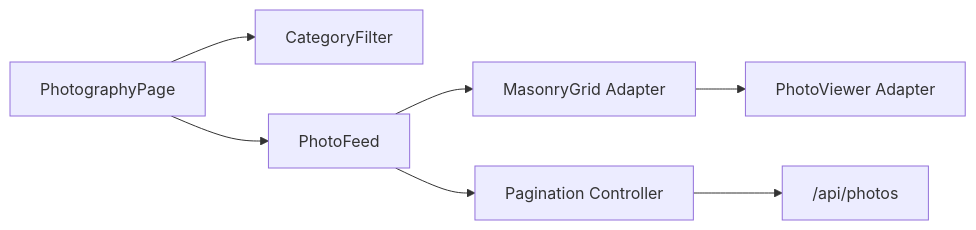
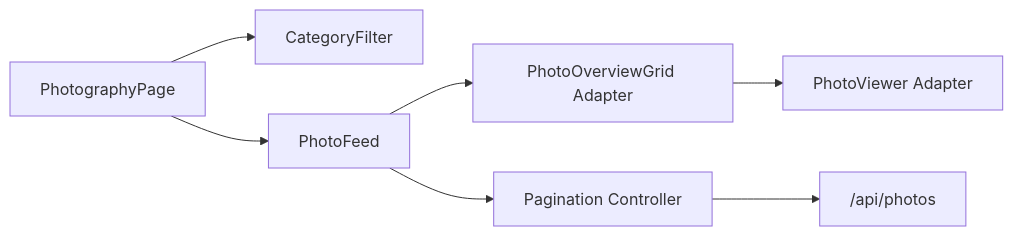
One commit to NorthStarLzh/northstarlzh.github.io changed the fifth of 8 diagrams in doc/detailed_design.md. Above: the diagram before and after it, drawn with Mermaid. The commit also changed other lines of this file and 57 other files, not shown here.

Commit message:
feat: 优化作品展示与后台图片管理

````diff
--- a/doc/detailed_design.md
+++ b/doc/detailed_design.md
@@ -672,9 +677,9 @@
 ```mermaid
 flowchart LR
     PAGE["PhotographyPage"] --> FILTER["CategoryFilter"]
     PAGE --> FEED["PhotoFeed"]
-    FEED --> GRID["MasonryGrid Adapter"]
+    FEED --> GRID["PhotoOverviewGrid Adapter"]
     FEED --> LOAD["Pagination Controller"]
     GRID --> VIEWER["PhotoViewer Adapter"]
     LOAD --> API["/api/photos"]
 ```
````
